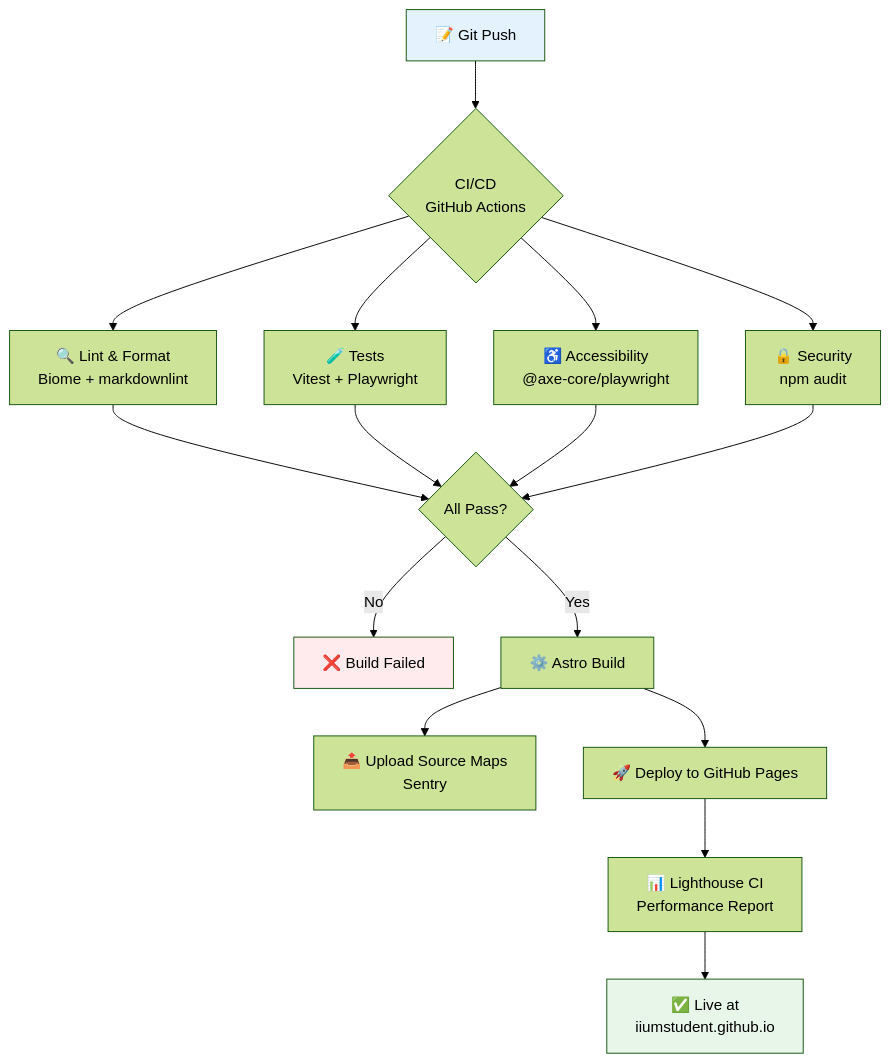
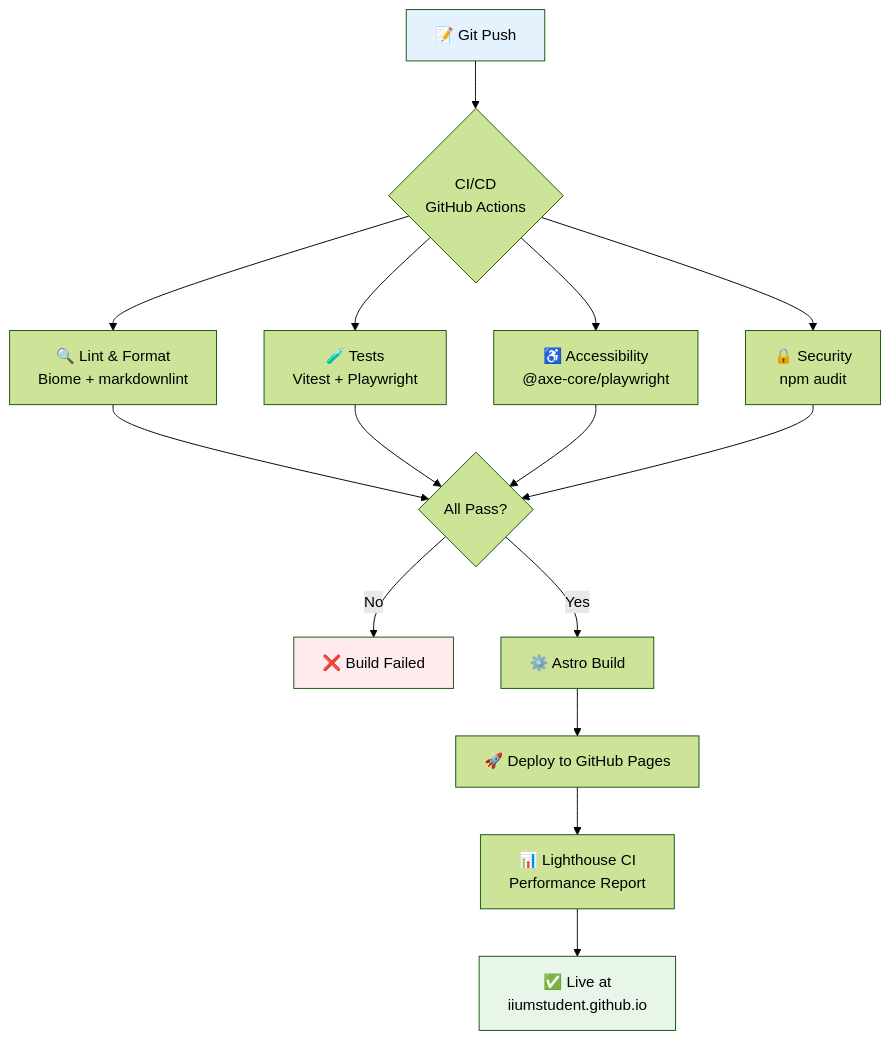
One commit to IIUMstudent/Awesome-IIUM changed the tenth of 13 diagrams in ARCHITECTURE.md. Above: the diagram before and after it, drawn with Mermaid (forest theme). The commit also changed other lines of this file and 16 other files, not shown here.

````diff
--- a/ARCHITECTURE.md
+++ b/ARCHITECTURE.md
@@ -590,27 +584,26 @@
 ```mermaid
 graph TD
     Push[📝 Git Push] --> CI{CI/CD<br/>GitHub Actions}
     
     CI --> Lint[🔍 Lint & Format<br/>Biome + markdownlint]
     CI --> Test[🧪 Tests<br/>Vitest + Playwright]
     CI --> A11y[♿ Accessibility<br/>@axe-core/playwright]
     CI --> Security[🔒 Security<br/>npm audit]
     
     Lint --> Pass{All Pass?}
     Test --> Pass
     A11y --> Pass
     Security --> Pass
     
     Pass -->|No| Fail[❌ Build Failed]
     Pass -->|Yes| Build[⚙️ Astro Build]
     
-    Build --> Sentry[📤 Upload Source Maps<br/>Sentry]
     Build --> Deploy[🚀 Deploy to GitHub Pages]
     
     Deploy --> Lighthouse[📊 Lighthouse CI<br/>Performance Report]
     Lighthouse --> Live[✅ Live at<br/>iiumstudent.github.io]
     
     style Push fill:#e3f2fd
     style Live fill:#e8f5e9
     style Fail fill:#ffebee
 ```
````
